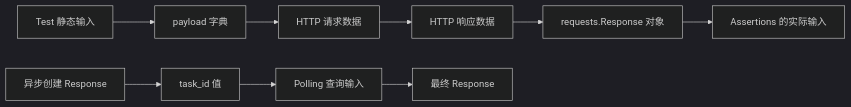
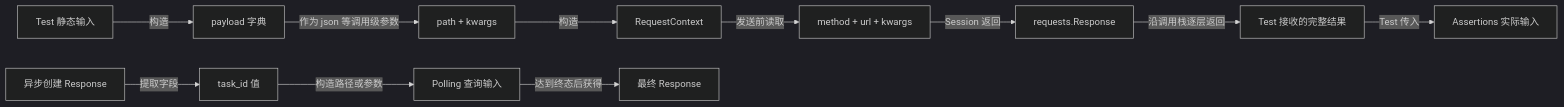
Before and after one commit to wjy801/llm_api_case: the second of 4 diagrams in course/第12课-BaseTask兼容门面与窄Capability.md, drawn with Mermaid (dark theme). The commit also changed other lines of this file and 6 other files, not shown here.

````diff
--- a/course/第12课-BaseTask兼容门面与窄Capability.md
+++ b/course/第12课-BaseTask兼容门面与窄Capability.md
@@ -753,17 +929,28 @@
 ```mermaid
 flowchart LR
     STATIC_INPUT["Test 静态输入"]
     PAYLOAD["payload 字典"]
-    REQUEST_DATA["HTTP 请求数据"]
-    RESPONSE_DATA["HTTP 响应数据"]
-    RESPONSE_OBJECT["requests.Response 对象"]
-    EXPECTATION["Assertions 的实际输入"]
+    PATH_KWARGS["path + kwargs"]
+    CONTEXT["RequestContext"]
+    SEND_INPUT["method + url + kwargs"]
+    RESPONSE["requests.Response"]
+    TEST_INPUT["Test 接收的完整结果"]
+    ASSERT_INPUT["Assertions 实际输入"]
 
     CREATE_RESPONSE["异步创建 Response"]
     TASK_ID["task_id 值"]
     POLL_INPUT["Polling 查询输入"]
     FINAL_RESPONSE["最终 Response"]
 
-    STATIC_INPUT --> PAYLOAD --> REQUEST_DATA --> RESPONSE_DATA --> RESPONSE_OBJECT --> EXPECTATION
-    CREATE_RESPONSE --> TASK_ID --> POLL_INPUT --> FINAL_RESPONSE
+    STATIC_INPUT -->|构造| PAYLOAD
+    PAYLOAD -->|作为 json 等调用级参数| PATH_KWARGS
+    PATH_KWARGS -->|构造| CONTEXT
+    CONTEXT -->|发送前读取| SEND_INPUT
+    SEND_INPUT -->|Session 返回| RESPONSE
+    RESPONSE -->|沿调用栈逐层返回| TEST_INPUT
+    TEST_INPUT -->|Test 传入| ASSERT_INPUT
+
+    CREATE_RESPONSE -->|提取字段| TASK_ID
+    TASK_ID -->|构造路径或参数| POLL_INPUT
+    POLL_INPUT -->|达到终态后获得| FINAL_RESPONSE
 ```
````
